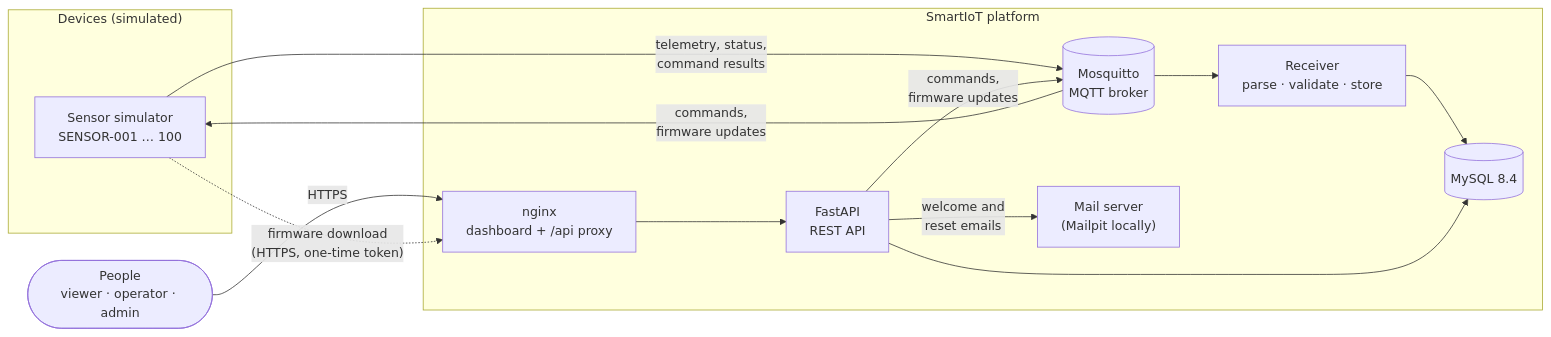
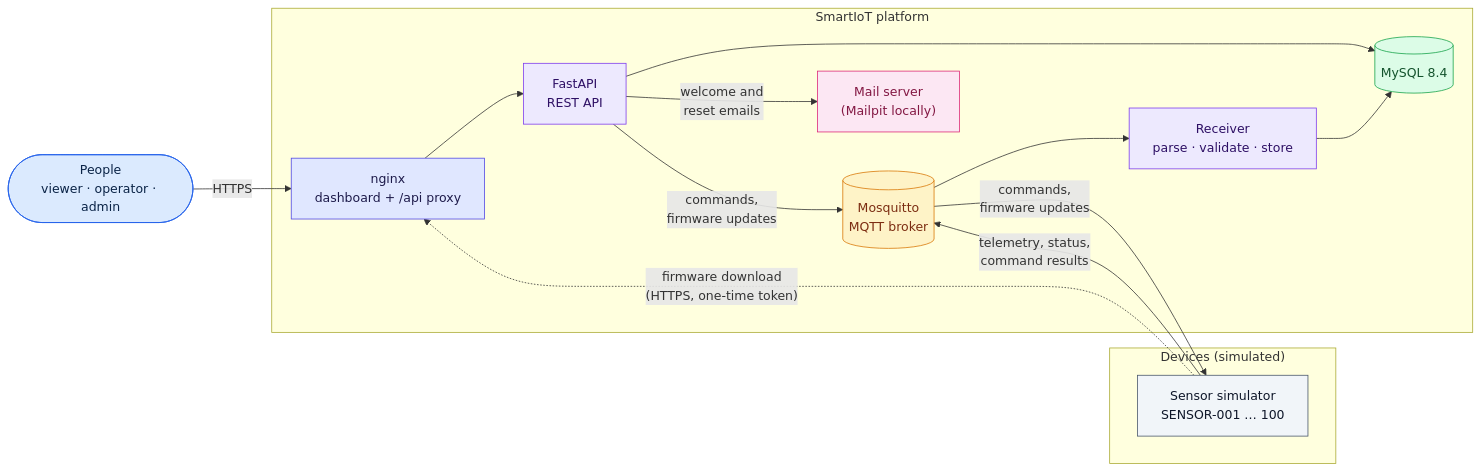
One commit to Arshaduzzaman3620/smart-iot-qa-platform changed the first of 5 diagrams in docs/architecture/architecture.md. Above: the diagram before and after it, drawn with Mermaid. The commit also changed other lines of this file and 1 other file, not shown here.

First line of the commit message:
docs: professional, recruiter-friendly README and styled architecture diagrams

````diff
--- a/docs/architecture/architecture.md
+++ b/docs/architecture/architecture.md
@@ -15,28 +15,43 @@
 ```mermaid
 flowchart LR
+    U(["People<br/>viewer · operator · admin"])
+
     subgraph Devices["Devices (simulated)"]
         S["Sensor simulator<br/>SENSOR-001 … 100"]
     end
 
     subgraph Platform["SmartIoT platform"]
+        N["nginx<br/>dashboard + /api proxy"]
+        API["FastAPI<br/>REST API"]
         B[("Mosquitto<br/>MQTT broker")]
         R["Receiver<br/>parse · validate · store"]
         DB[("MySQL 8.4")]
-        API["FastAPI<br/>REST API"]
-        N["nginx<br/>dashboard + /api proxy"]
         M["Mail server<br/>(Mailpit locally)"]
     end
 
-    U(["People<br/>viewer · operator · admin"])
-
+    U -- HTTPS --> N
+    N --> API
+    API --> DB
+    API -- "commands,<br/>firmware updates" --> B
+    API -- "welcome and<br/>reset emails" --> M
     S -- "telemetry, status,<br/>command results" --> B
     B -- "commands,<br/>firmware updates" --> S
     B --> R
     R --> DB
-    API --> DB
-    API -- "commands,<br/>firmware updates" --> B
-    N --> API
-    U -- HTTPS --> N
     S -. "firmware download<br/>(HTTPS, one-time token)" .-> N
-    API -- "welcome and<br/>reset emails" --> M
+
+    classDef person fill:#dbeafe,stroke:#2563eb,stroke-width:1px,color:#0b2447;
+    classDef device fill:#f1f5f9,stroke:#475569,stroke-width:1px,color:#0f172a;
+    classDef edge fill:#e0e7ff,stroke:#4f46e5,stroke-width:1px,color:#1e1b4b;
+    classDef service fill:#ede9fe,stroke:#7c3aed,stroke-width:1px,color:#2e1065;
+    classDef broker fill:#fef3c7,stroke:#d97706,stroke-width:1px,color:#7c2d12;
+    classDef store fill:#dcfce7,stroke:#16a34a,stroke-width:1px,color:#14532d;
+    classDef mail fill:#fce7f3,stroke:#db2777,stroke-width:1px,color:#831843;
+    class U person;
+    class S device;
+    class N edge;
+    class API,R service;
+    class B broker;
+    class DB store;
+    class M mail;
 ```
````
